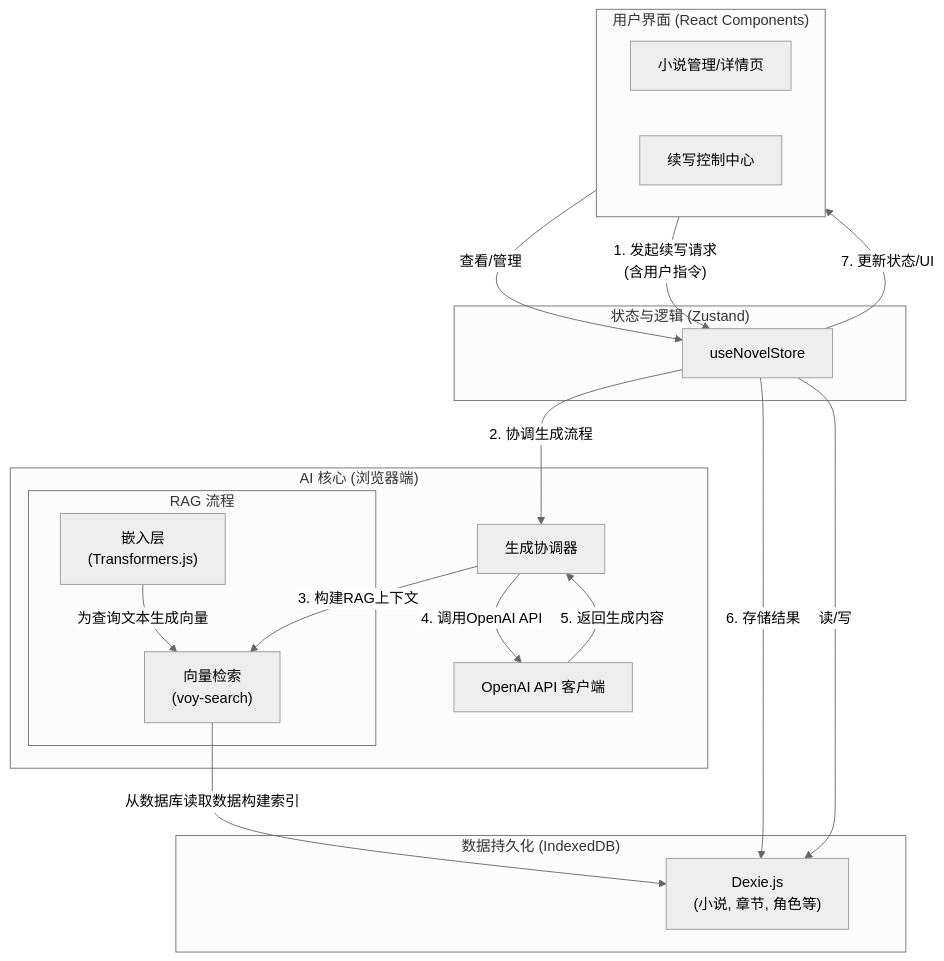
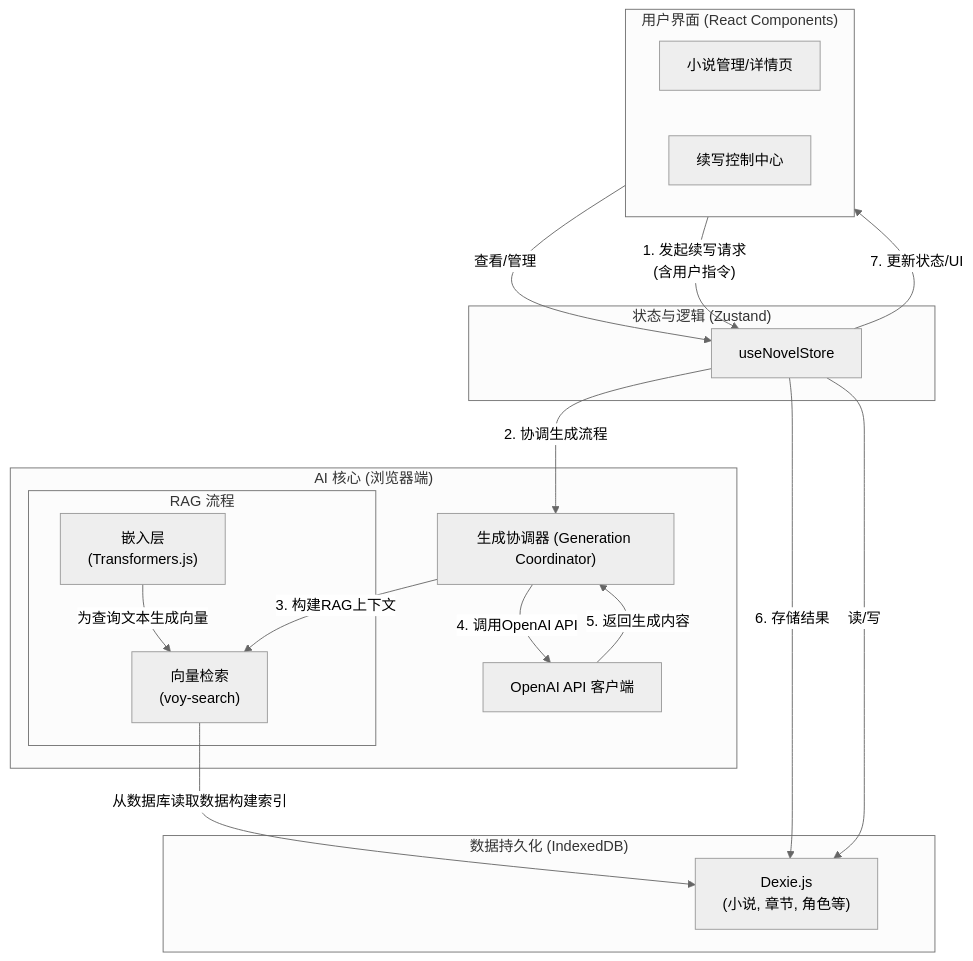
One commit to SliverKeigo/infinitenovel changed the diagram in README.md. Above: the diagram before and after it, drawn with Mermaid (neutral theme). The commit also changed other lines of this file, not shown here.

````diff
--- a/README.md
+++ b/README.md
@@ -23,44 +43,44 @@
 ```mermaid
 graph TD
     subgraph "用户界面 (React Components)"
         direction LR
         A1["小说管理/详情页"]
         A2["续写控制中心"]
     end
 
     subgraph "状态与逻辑 (Zustand)"
         B["useNovelStore"]
     end
 
     subgraph "AI 核心 (浏览器端)"
-        C["生成协调器"]
+        C["生成协调器 (Generation Coordinator)"]
         subgraph "RAG 流程"
             D["嵌入层<br/>(Transformers.js)"]
             E["向量检索<br/>(voy-search)"]
         end
         F["OpenAI API 客户端"]
     end
     
     subgraph "数据持久化 (IndexedDB)"
         G["Dexie.js<br/>(小说, 章节, 角色等)"]
     end
 
     %% 用户操作
     A1 -- "查看/管理" --> B
     A2 -- "1. 发起续写请求<br/>(含用户指令)" --> B
 
     %% 状态逻辑
     B -- "2. 协调生成流程" --> C
     B -- "7. 更新状态/UI" --> A1
     B -- "6. 存储结果" --> G
 
     %% AI 核心逻辑
     C -- "3. 构建RAG上下文" --> E
     E -- "从数据库读取数据构建索引" --> G
     D -- "为查询文本生成向量" --> E
     C -- "4. 调用OpenAI API" --> F
     F -- "5. 返回生成内容" --> C
 
     %% 数据流动
     B -- "读/写" --> G
 ```
````
